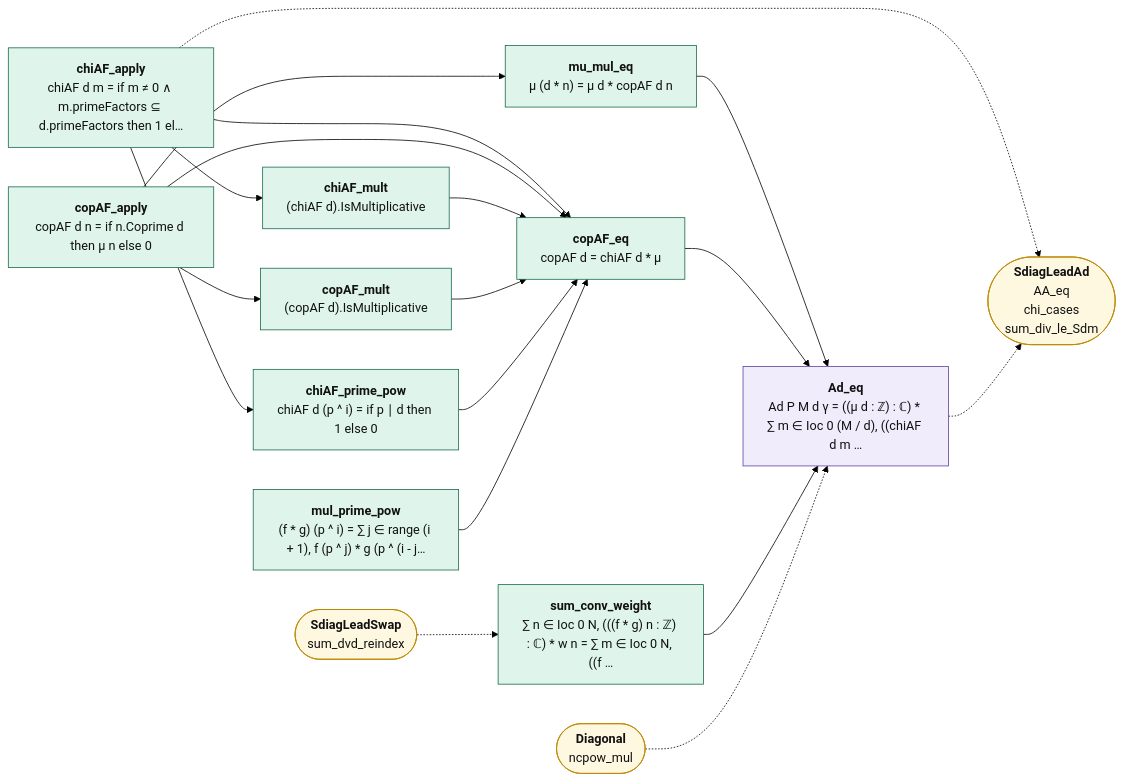
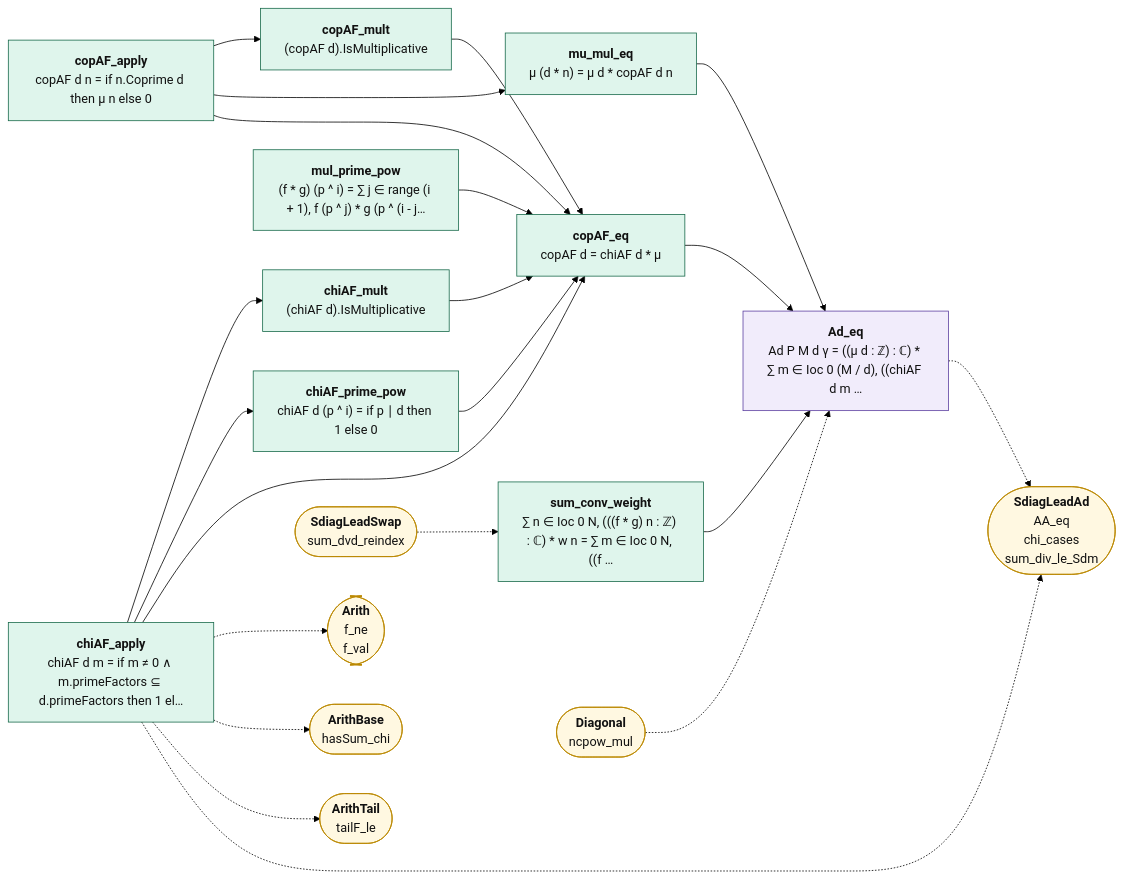
One commit to juliansambranojr/Primebeat_081426 changed the diagram in map/lean_stage3/SdiagLeadCop.mmd. Above: the diagram before and after it, drawn with Mermaid (forest theme). The commit also changed 36 other files, not shown here.

```diff
--- a/map/lean_stage3/SdiagLeadCop.mmd
+++ b/map/lean_stage3/SdiagLeadCop.mmd
@@ -1,39 +1,45 @@
 flowchart LR
   n0["<b>chiAF_apply</b><br/>chiAF d m = if m ≠ 0 ∧ m.primeFactors ⊆ d.primeFactors then 1 el…"]:::cnt
   n1["<b>copAF_apply</b><br/>copAF d n = if n.Coprime d then μ n else 0"]:::cnt
   n2["<b>chiAF_mult</b><br/>(chiAF d).IsMultiplicative"]:::cnt
   n3["<b>copAF_mult</b><br/>(copAF d).IsMultiplicative"]:::cnt
   n4["<b>mu_mul_eq</b><br/>μ (d * n) = μ d * copAF d n"]:::cnt
   n5["<b>chiAF_prime_pow</b><br/>chiAF d (p ^ i) = if p ∣ d then 1 else 0"]:::cnt
   n6["<b>mul_prime_pow</b><br/>(f * g) (p ^ i) = ∑ j ∈ range (i + 1), f (p ^ j) * g (p ^ (i - j…"]:::cnt
   n7["<b>copAF_eq</b><br/>copAF d = chiAF d * μ"]:::cnt
   n8["<b>sum_conv_weight</b><br/>∑ n ∈ Ioc 0 N, (((f * g) n : ℤ) : ℂ) * w n = ∑ m ∈ Ioc 0 N, ((f …"]:::cnt
   n9["<b>Ad_eq</b><br/>Ad P M d γ = ((μ d : ℤ) : ℂ) * ∑ m ∈ Ioc 0 (M / d), ((chiAF d m …"]:::shp
-  x0(["<b>SdiagLeadAd</b><br/>AA_eq<br/>chi_cases<br/>sum_div_le_Sdm"]):::ext
-  x1(["<b>SdiagLeadSwap</b><br/>sum_dvd_reindex"]):::ext
-  x2(["<b>Diagonal</b><br/>ncpow_mul"]):::ext
+  x0(["<b>Arith</b><br/>f_ne<br/>f_val"]):::ext
+  x1(["<b>ArithBase</b><br/>hasSum_chi"]):::ext
+  x2(["<b>ArithTail</b><br/>tailF_le"]):::ext
+  x3(["<b>SdiagLeadAd</b><br/>AA_eq<br/>chi_cases<br/>sum_div_le_Sdm"]):::ext
+  x4(["<b>SdiagLeadSwap</b><br/>sum_dvd_reindex"]):::ext
+  x5(["<b>Diagonal</b><br/>ncpow_mul"]):::ext
   n0 --> n2
   n0 --> n5
   n0 --> n7
   n1 --> n3
   n1 --> n4
   n1 --> n7
   n2 --> n7
   n3 --> n7
   n4 --> n9
   n5 --> n7
   n6 --> n7
   n7 --> n9
   n8 --> n9
   n0 -.-> x0
-  n9 -.-> x0
-  x1 -.-> n8
-  x2 -.-> n9
+  n0 -.-> x1
+  n0 -.-> x2
+  n0 -.-> x3
+  n9 -.-> x3
+  x4 -.-> n8
+  x5 -.-> n9
   classDef cnt fill:#dff5ec,stroke:#17694a,color:#111
   classDef shp fill:#f1ecfb,stroke:#5b3fa0,color:#111
   classDef rh fill:#ffe5e5,stroke:#c22,color:#111,stroke-width:2px
   classDef thm fill:#eef4ff,stroke:#335,color:#111
   classDef end_ fill:#e7f7e7,stroke:#2a7,color:#111,stroke-width:2px
   classDef lone fill:#fff,stroke:#999,color:#111,stroke-dasharray:4 3
   classDef bad fill:#ffe5e5,stroke:#c22,color:#111,stroke-width:2px
   classDef ext fill:#fff8e1,stroke:#b80,color:#111
```
